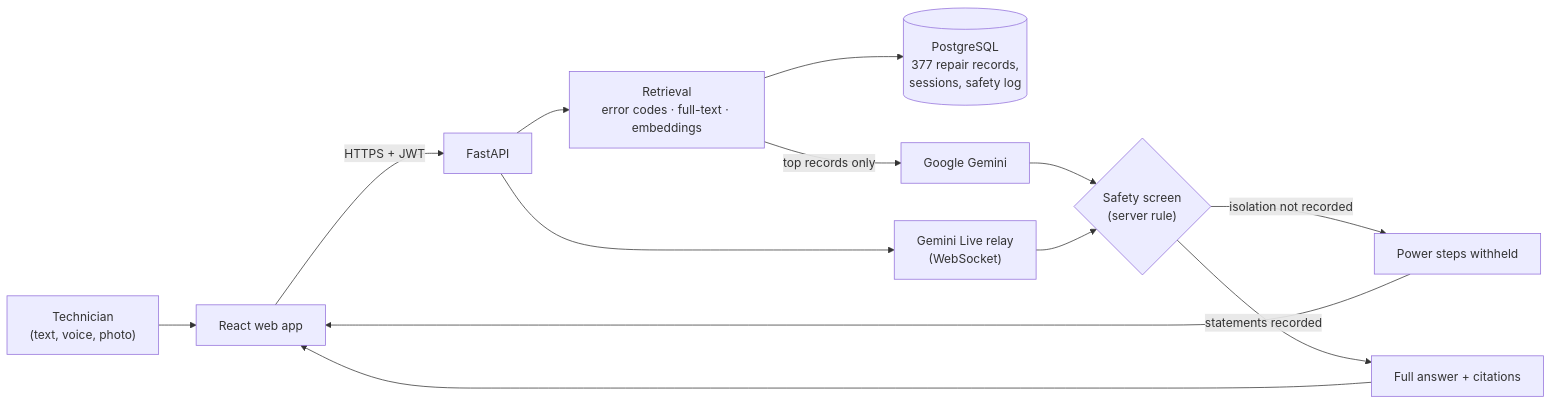
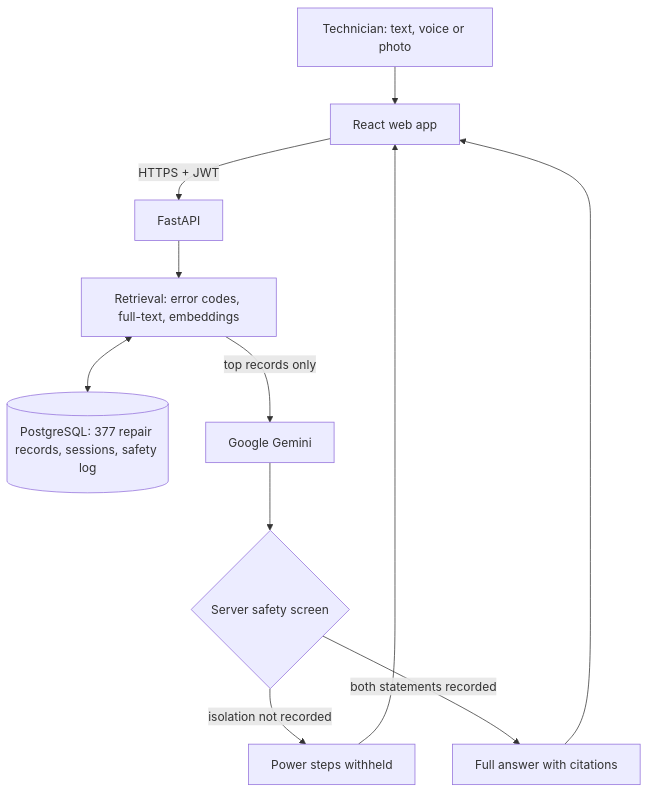
Before and after one commit to priyamthakur275/FixSathi: the diagram in README.md, drawn with Mermaid.

Commit message:
README: readable architecture diagram

````diff
--- a/README.md
+++ b/README.md
@@ -61,15 +61,13 @@
 ```mermaid
-flowchart LR
-    T["Technician<br/>(text, voice, photo)"] --> W["React web app"]
+flowchart TD
+    T["Technician: text, voice or photo"] --> W["React web app"]
     W -->|HTTPS + JWT| A["FastAPI"]
-    A --> R["Retrieval<br/>error codes · full-text · embeddings"]
-    R --> DB[("PostgreSQL<br/>377 repair records,<br/>sessions, safety log")]
+    A --> R["Retrieval: error codes, full-text, embeddings"]
+    R <--> DB[("PostgreSQL: 377 repair records, sessions, safety log")]
     R -->|top records only| G["Google Gemini"]
-    G --> S{"Safety screen<br/>(server rule)"}
+    G --> S{"Server safety screen"}
     S -->|isolation not recorded| L["Power steps withheld"]
-    S -->|statements recorded| O["Full answer + citations"]
+    S -->|both statements recorded| O["Full answer with citations"]
     L --> W
     O --> W
-    A --> V["Gemini Live relay<br/>(WebSocket)"]
-    V --> S
 ```
````
